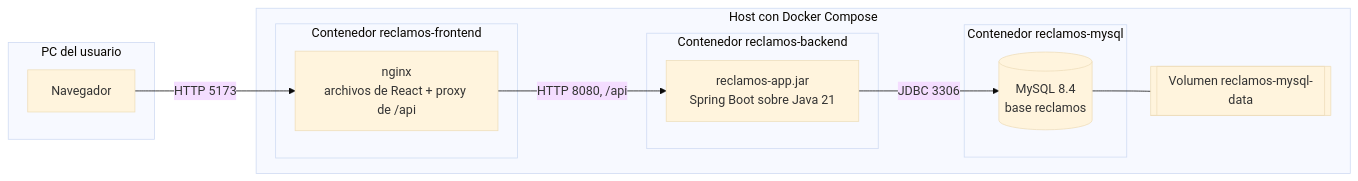
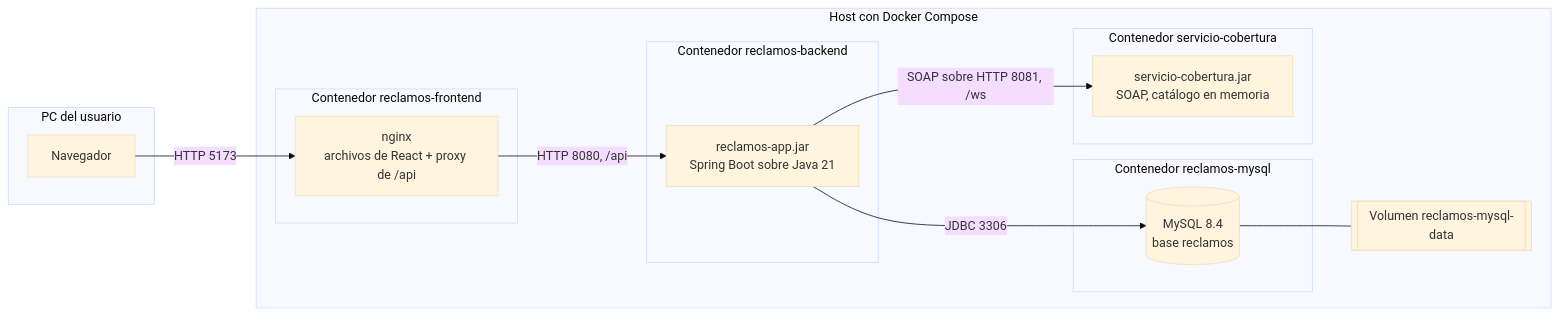
Before and after one commit to SanTegli/DesarrolloAppsIIGrupo10: the diagram in docs/despliegue.md, drawn with Mermaid (base theme). The commit also changed other lines of this file and 48 other files, not shown here.

````diff
--- a/docs/despliegue.md
+++ b/docs/despliegue.md
@@ -6,23 +7,27 @@
 ```mermaid
 flowchart LR
   subgraph PC["PC del usuario"]
     NAV["Navegador"]
   end
   subgraph DOCKER["Host con Docker Compose"]
     subgraph CF["Contenedor reclamos-frontend"]
       NGINX["nginx<br/>archivos de React + proxy de /api"]
     end
     subgraph CB["Contenedor reclamos-backend"]
       APP["reclamos-app.jar<br/>Spring Boot sobre Java 21"]
     end
     subgraph CM["Contenedor reclamos-mysql"]
       DB[("MySQL 8.4<br/>base reclamos")]
     end
+    subgraph CS["Contenedor servicio-cobertura"]
+      SOAP["servicio-cobertura.jar<br/>SOAP, catálogo en memoria"]
+    end
     VOL[["Volumen reclamos-mysql-data"]]
   end
 
   NAV -->|"HTTP 5173"| NGINX
   NGINX -->|"HTTP 8080, /api"| APP
   APP -->|"JDBC 3306"| DB
+  APP -->|"SOAP sobre HTTP 8081, /ws"| SOAP
   DB --- VOL
 ```
````
